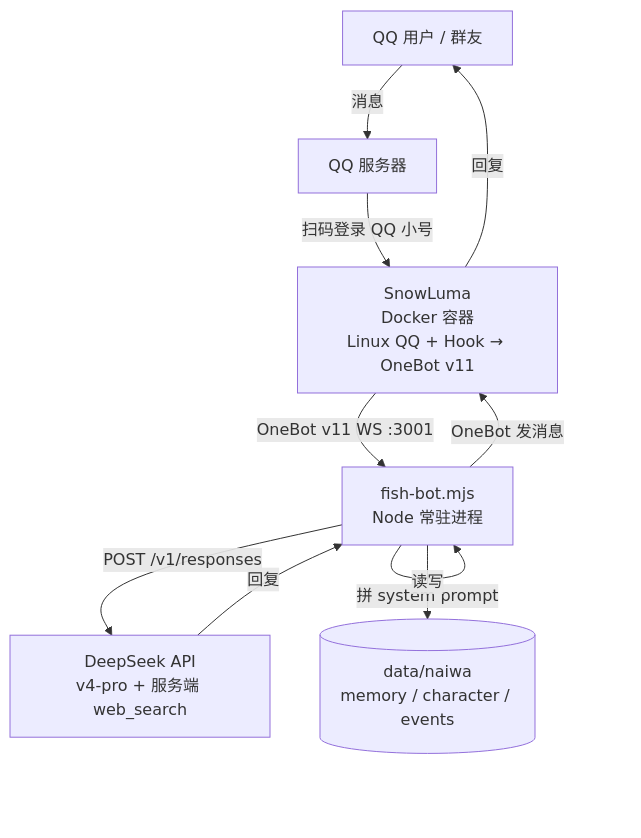
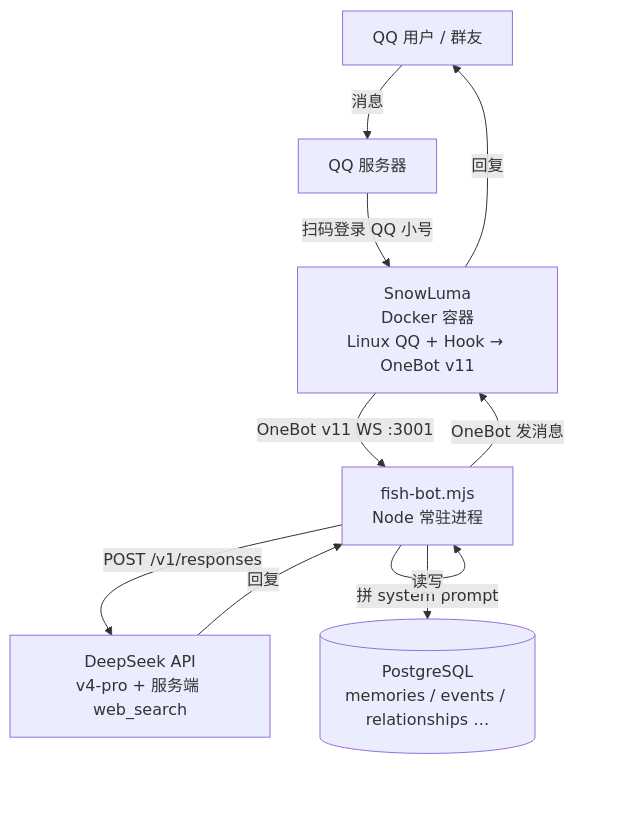
One commit to yanhanruan/naiwa-bot changed the diagram in docs/architecture.md. Above: the diagram before and after it, drawn with Mermaid. The commit also changed other lines of this file and 19 other files, not shown here.

````diff
--- a/docs/architecture.md
+++ b/docs/architecture.md
@@ -46,12 +46,12 @@
 ```mermaid
 flowchart TD
   A[QQ 用户 / 群友] -->|消息| B[QQ 服务器]
   B -->|扫码登录 QQ 小号| C[SnowLuma<br/>Docker 容器<br/>Linux QQ + Hook → OneBot v11]
   C -->|OneBot v11 WS :3001| D[fish-bot.mjs<br/>Node 常驻进程]
   D -->|拼 system prompt| D
   D -->|POST /v1/responses| E[DeepSeek API<br/>v4-pro + 服务端 web_search]
   E -->|回复| D
   D -->|OneBot 发消息| C
   C -->|回复| A
-  D -->|读写| F[(data/naiwa<br/>memory / character / events)]
+  D -->|读写| F[(PostgreSQL<br/>memories / events / relationships …)]
 ```
````
